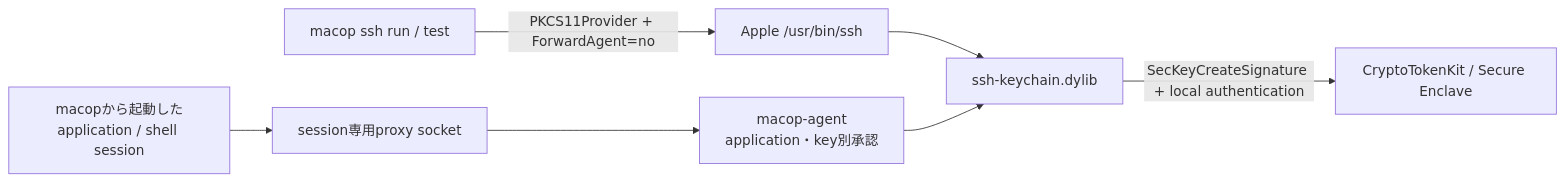
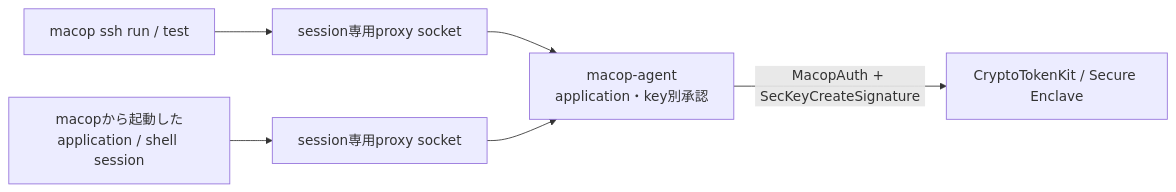
One commit to slashkiko/macop changed the first of 2 diagrams in docs/macop-design.md. Above: the diagram before and after it, drawn with Mermaid. The commit also changed other lines of this file and 16 other files, not shown here.

Commit message:
Use verified agent for SSH commands

````diff
--- a/docs/macop-design.md
+++ b/docs/macop-design.md
@@ -299,9 +301,8 @@
 ```mermaid
 flowchart LR
-    A["macop ssh run / test"] -->|"PKCS11Provider + ForwardAgent=no"| B["Apple /usr/bin/ssh"]
-    B --> C["ssh-keychain.dylib"]
+    A["macop ssh run / test"] --> B["session専用proxy socket"]
+    B --> C["macop-agent<br/>application・key別承認"]
     E["macopから起動したapplication / shell session"] --> F["session専用proxy socket"]
-    F --> G["macop-agent<br/>application・key別承認"]
-    G --> C
-    C -->|"SecKeyCreateSignature + local authentication"| D["CryptoTokenKit / Secure Enclave"]
+    F --> C
+    C -->|"MacopAuth + SecKeyCreateSignature"| D["CryptoTokenKit / Secure Enclave"]
 ```
````
